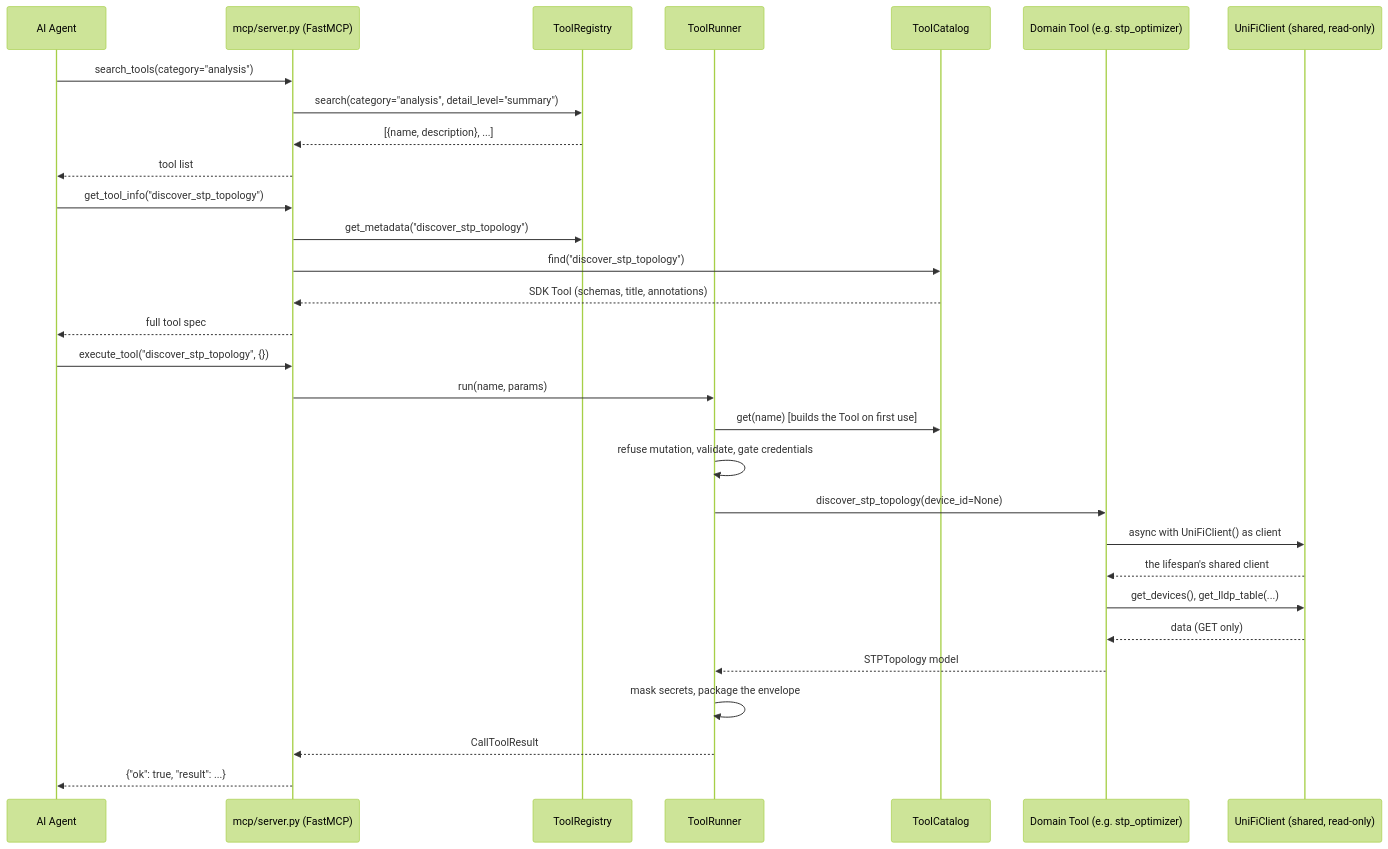
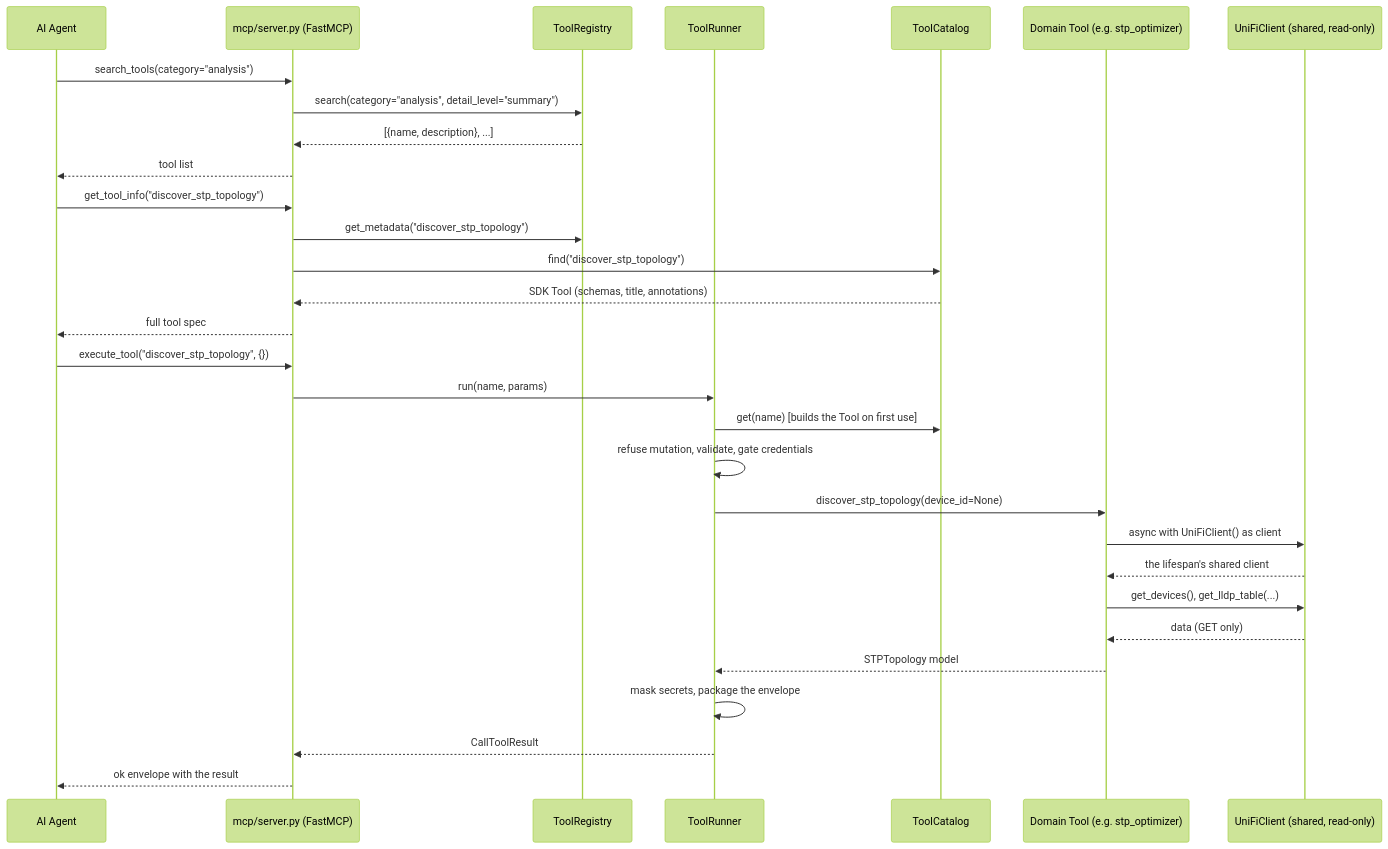
Before and after one commit to NetDevAutomate/unifi_management_cli: diagram 15 of 16 in docs/architecture/codemap.md, drawn with Mermaid (forest theme). The commit also changed other lines of this file, not shown here.

First line of the commit message:
docs(architecture): correct the enhanced client entry in the codemap

````diff
--- a/docs/architecture/codemap.md
+++ b/docs/architecture/codemap.md
@@ -1544,35 +1544,35 @@
 ```mermaid
 sequenceDiagram
     participant Agent as AI Agent
     participant MCP as mcp/server.py (FastMCP)
     participant REG as ToolRegistry
     participant RUN as ToolRunner
     participant CAT as ToolCatalog
     participant TOOL as Domain Tool (e.g. stp_optimizer)
     participant UC as UniFiClient (shared, read-only)
 
     Agent->>MCP: search_tools(category="analysis")
     MCP->>REG: search(category="analysis", detail_level="summary")
     REG-->>MCP: [{name, description}, ...]
     MCP-->>Agent: tool list
 
     Agent->>MCP: get_tool_info("discover_stp_topology")
     MCP->>REG: get_metadata("discover_stp_topology")
     MCP->>CAT: find("discover_stp_topology")
     CAT-->>MCP: SDK Tool (schemas, title, annotations)
     MCP-->>Agent: full tool spec
 
     Agent->>MCP: execute_tool("discover_stp_topology", {})
     MCP->>RUN: run(name, params)
     RUN->>CAT: get(name) [builds the Tool on first use]
     RUN->>RUN: refuse mutation, validate, gate credentials
     RUN->>TOOL: discover_stp_topology(device_id=None)
     TOOL->>UC: async with UniFiClient() as client
     UC-->>TOOL: the lifespan's shared client
     TOOL->>UC: get_devices(), get_lldp_table(...)
     UC-->>TOOL: data (GET only)
     TOOL-->>RUN: STPTopology model
     RUN->>RUN: mask secrets, package the envelope
     RUN-->>MCP: CallToolResult
-    MCP-->>Agent: {"ok": true, "result": ...}
+    MCP-->>Agent: ok envelope with the result
 ```
````
